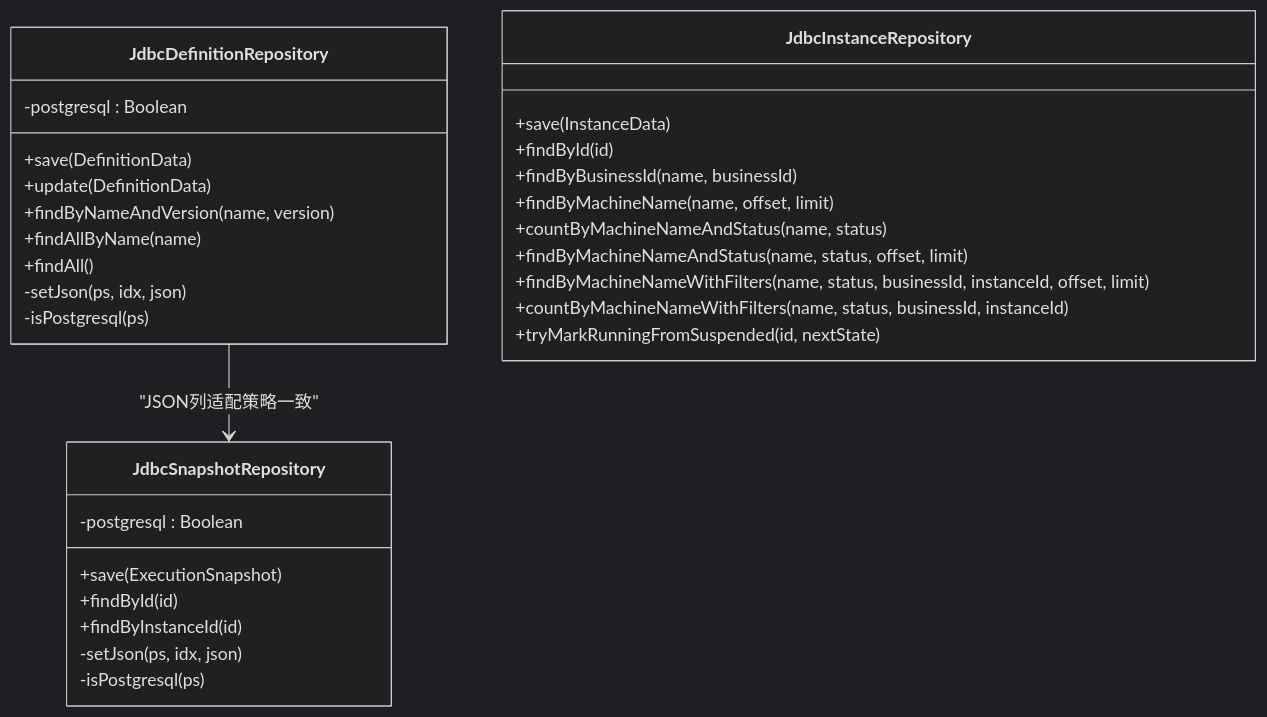
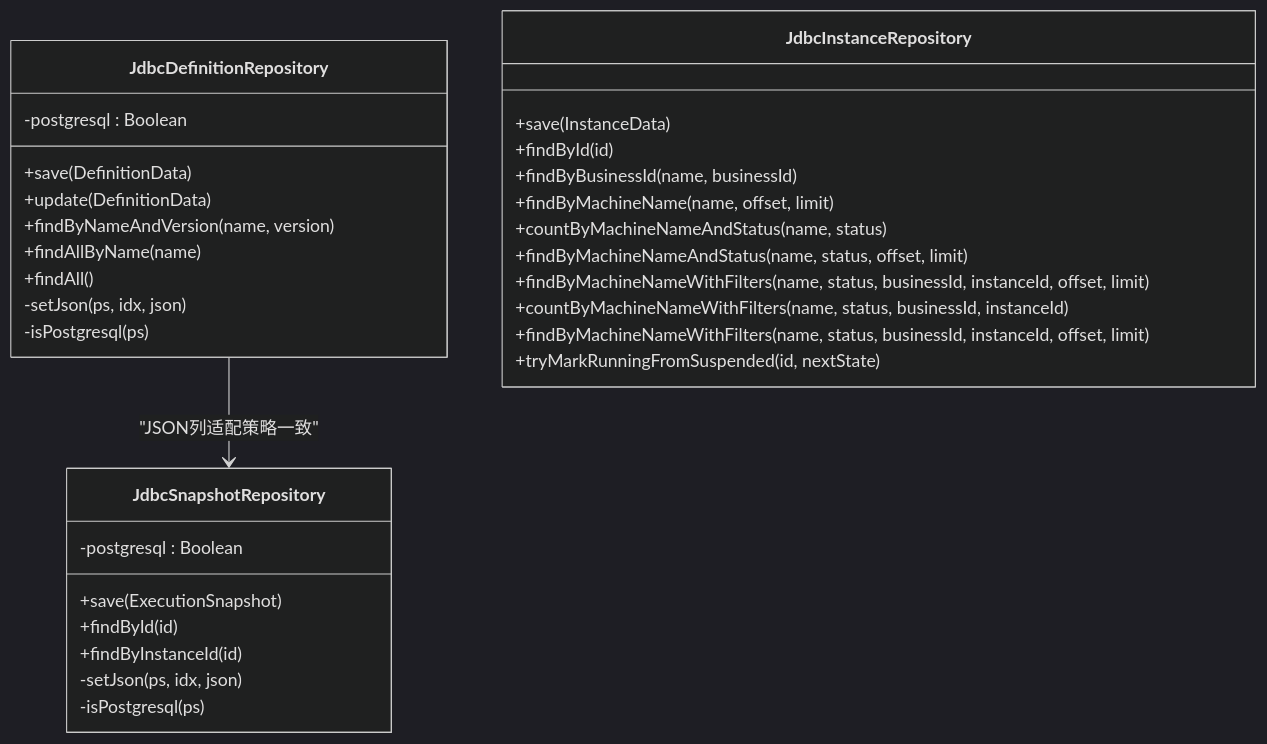
One commit to xiaoche80s-tech/state-machine-parent changed the fourth of 5 diagrams in .qoder/repowiki/zh/content/持久化层/多数据库支持.md. Above: the diagram before and after it, drawn with Mermaid (dark theme). The commit also changed other lines of this file and 17 other files, not shown here.

````diff
--- a/.qoder/repowiki/zh/content/持久化层/多数据库支持.md
+++ b/.qoder/repowiki/zh/content/持久化层/多数据库支持.md
@@ -198,33 +219,34 @@
 ```mermaid
 classDiagram
 class JdbcDefinitionRepository {
 -postgresql : Boolean
 +save(DefinitionData)
 +update(DefinitionData)
 +findByNameAndVersion(name, version)
 +findAllByName(name)
 +findAll()
 -setJson(ps, idx, json)
 -isPostgresql(ps)
 }
 class JdbcInstanceRepository {
 +save(InstanceData)
 +findById(id)
 +findByBusinessId(name, businessId)
 +findByMachineName(name, offset, limit)
 +countByMachineNameAndStatus(name, status)
 +findByMachineNameAndStatus(name, status, offset, limit)
 +findByMachineNameWithFilters(name, status, businessId, instanceId, offset, limit)
 +countByMachineNameWithFilters(name, status, businessId, instanceId)
++findByMachineNameWithFilters(name, status, businessId, instanceId, offset, limit)
 +tryMarkRunningFromSuspended(id, nextState)
 }
 class JdbcSnapshotRepository {
 -postgresql : Boolean
 +save(ExecutionSnapshot)
 +findById(id)
 +findByInstanceId(id)
 -setJson(ps, idx, json)
 -isPostgresql(ps)
 }
 JdbcDefinitionRepository --> JdbcSnapshotRepository : "JSON列适配策略一致"
 ```
````
